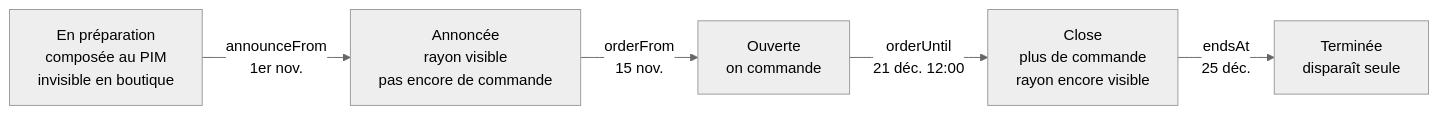
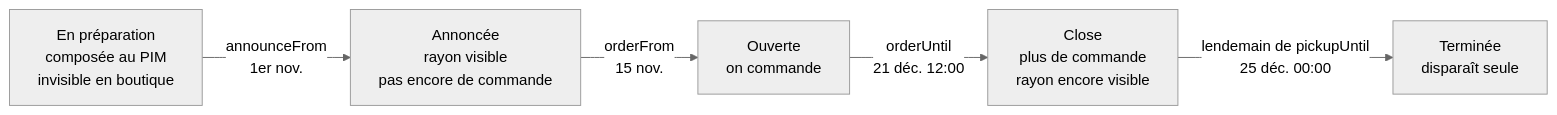
The first of 2 diagrams in documentation/order/architecture-operations-datees.md (hugoheynard/lfd), drawn with Mermaid (neutral theme) before and after one commit. The commit also changed other lines of this file and 1 other file, not shown here.

````diff
--- a/documentation/order/architecture-operations-datees.md
+++ b/documentation/order/architecture-operations-datees.md
@@ -41,12 +90,12 @@
 ```mermaid
 flowchart LR
   P["En préparation<br/>composée au PIM<br/>invisible en boutique"]
   A["Annoncée<br/>rayon visible<br/>pas encore de commande"]
   O["Ouverte<br/>on commande"]
   C["Close<br/>plus de commande<br/>rayon encore visible"]
   T["Terminée<br/>disparaît seule"]
   P -- "announceFrom<br/>1er nov." --> A
   A -- "orderFrom<br/>15 nov." --> O
   O -- "orderUntil<br/>21 déc. 12:00" --> C
-  C -- "endsAt<br/>25 déc." --> T
+  C -- "lendemain de pickupUntil<br/>25 déc. 00:00" --> T
 ```
````
